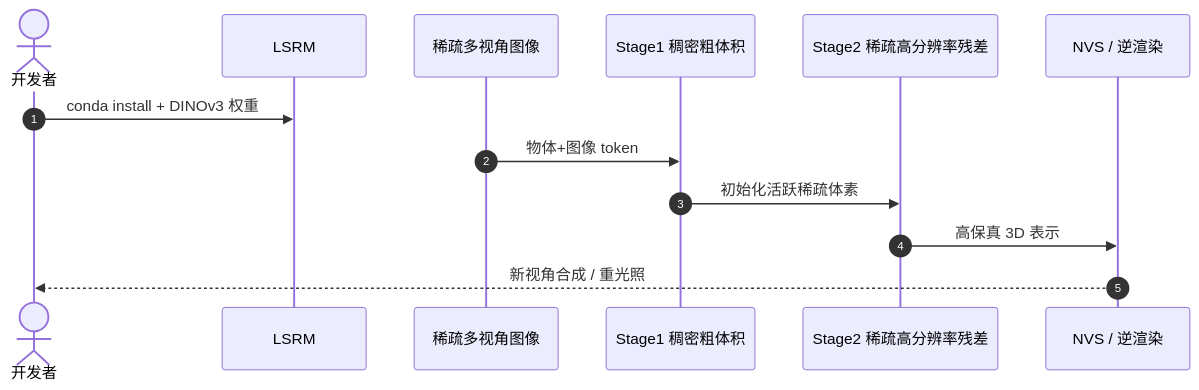
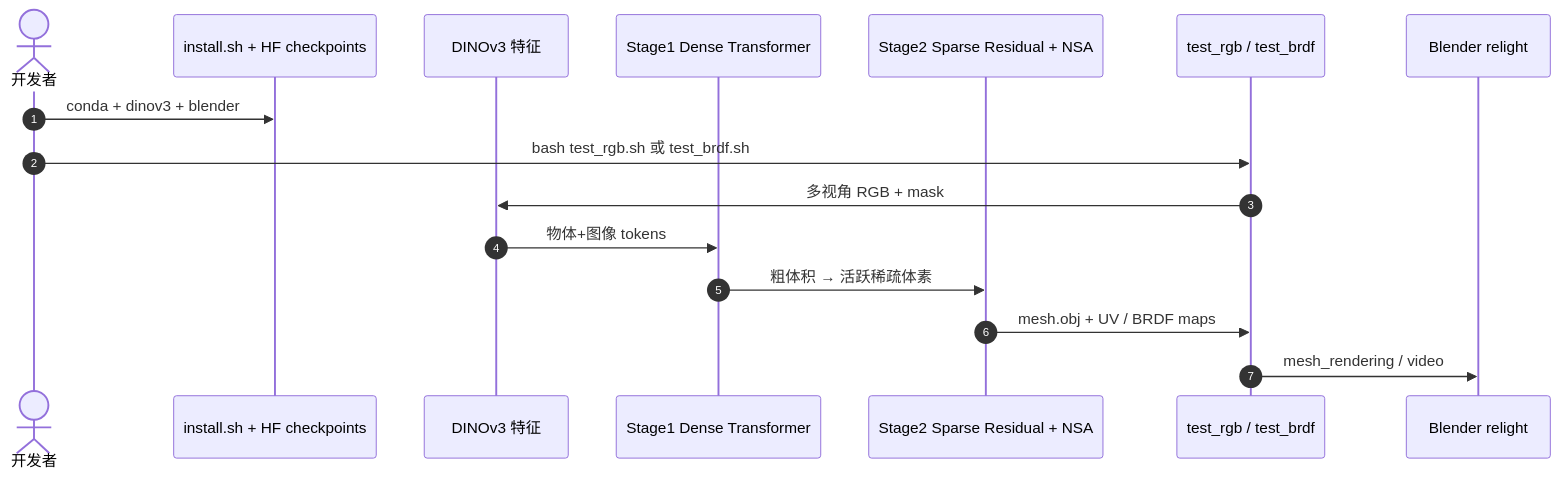
Before and after one commit to ImChong/Robotics_Notebooks: the second of 2 diagrams in wiki/entities/paper-sa-2604-05182-lsrm.md, drawn with Mermaid. The commit also changed other lines of this file and 5 other files, not shown here.

Commit message:
[2026-09-16] ingest | sources/papers/lsrm_object_reconstruction_arxiv_2604_05182.md — LSRM 复核增强 Meta 机构、NSA 方法与 README 复现路径 (#2037)

````diff
--- a/wiki/entities/paper-sa-2604-05182-lsrm.md
+++ b/wiki/entities/paper-sa-2604-05182-lsrm.md
@@ -113,15 +119,18 @@
 ```mermaid
 sequenceDiagram
     autonumber
     actor Dev as 开发者
-    participant Repo as LSRM
-    participant Views as 稀疏多视角图像
-    participant S1 as Stage1 稠密粗体积
-    participant S2 as Stage2 稀疏高分辨率残差
-    participant Out as NVS / 逆渲染
-    Dev->>Repo: conda install + DINOv3 权重
-    Views->>S1: 物体+图像 token
-    S1->>S2: 初始化活跃稀疏体素
-    S2->>Out: 高保真 3D 表示
-    Out-->>Dev: 新视角合成 / 重光照
+    participant Setup as install.sh + HF checkpoints
+    participant DINO as DINOv3 特征
+    participant S1 as Stage1 Dense Transformer
+    participant S2 as Stage2 Sparse Residual + NSA
+    participant Out as test_rgb / test_brdf
+    participant Blender as Blender relight
+    Dev->>Setup: conda + dinov3 + blender
+    Dev->>Out: bash test_rgb.sh 或 test_brdf.sh
+    Out->>DINO: 多视角 RGB + mask
+    DINO->>S1: 物体+图像 tokens
+    S1->>S2: 粗体积 → 活跃稀疏体素
+    S2->>Out: mesh.obj + UV / BRDF maps
+    Out->>Blender: mesh_rendering / video
 ```
````
